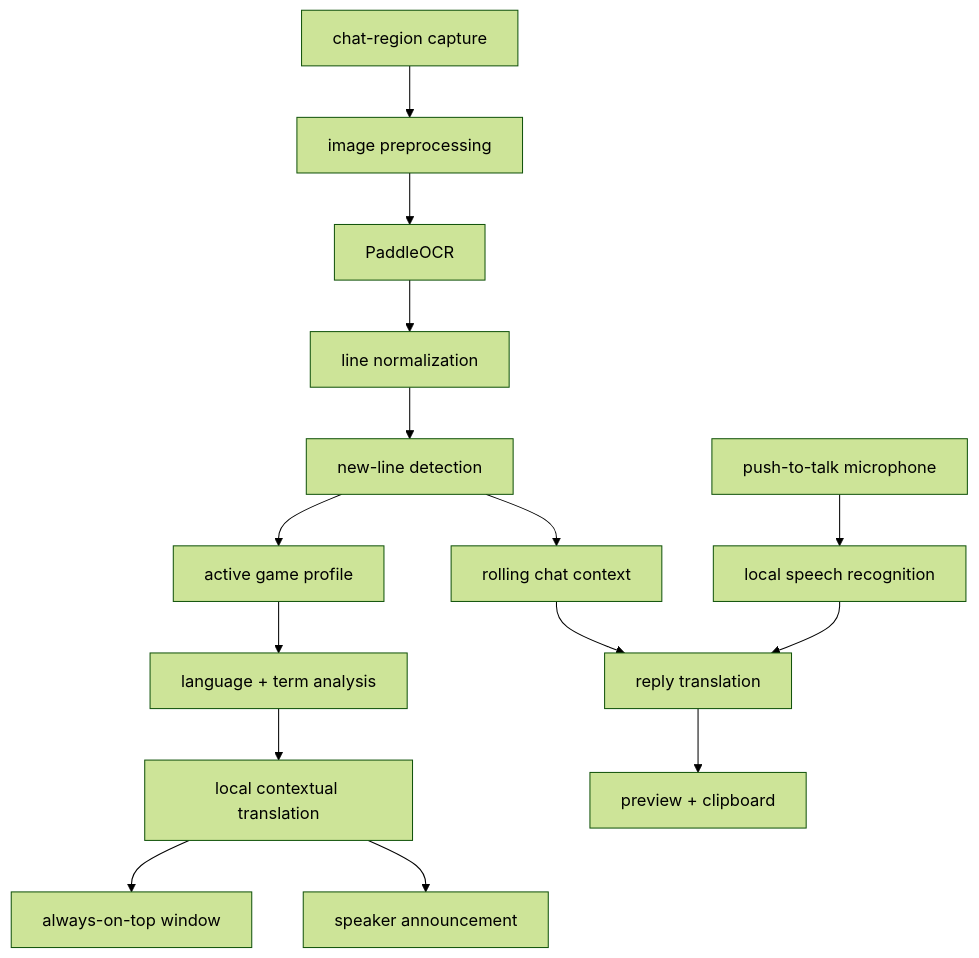
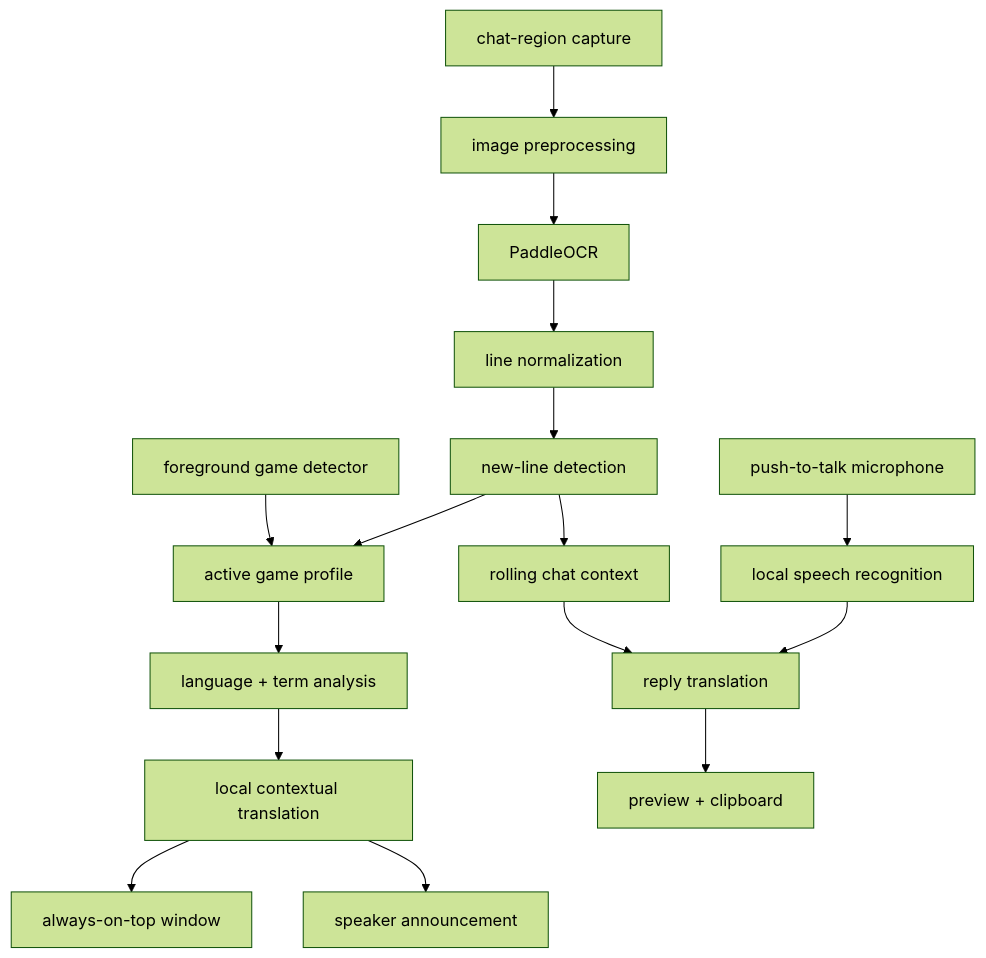
The diagram in project_architecture.md (kazoogh/chat-translator), drawn with Mermaid (forest theme) before and after one commit. The commit also changed other lines of this file, not shown here.

Commit message:
docs: add automatic game detection and release workflow

````diff
--- a/project_architecture.md
+++ b/project_architecture.md
@@ -102,17 +106,18 @@
 ```mermaid
 flowchart TD
+    O["foreground game detector"] --> P["active game profile"]
     A["chat-region capture"] --> B["image preprocessing"]
     B --> C["PaddleOCR"]
     C --> D["line normalization"]
     D --> E["new-line detection"]
-    E --> P["active game profile"]
+    E --> P
     P --> F["language + term analysis"]
     F --> G["local contextual translation"]
     G --> H["always-on-top window"]
     G --> I["speaker announcement"]
     E --> J["rolling chat context"]
     K["push-to-talk microphone"] --> L["local speech recognition"]
     L --> M["reply translation"]
     J --> M
     M --> N["preview + clipboard"]
 ```
````
